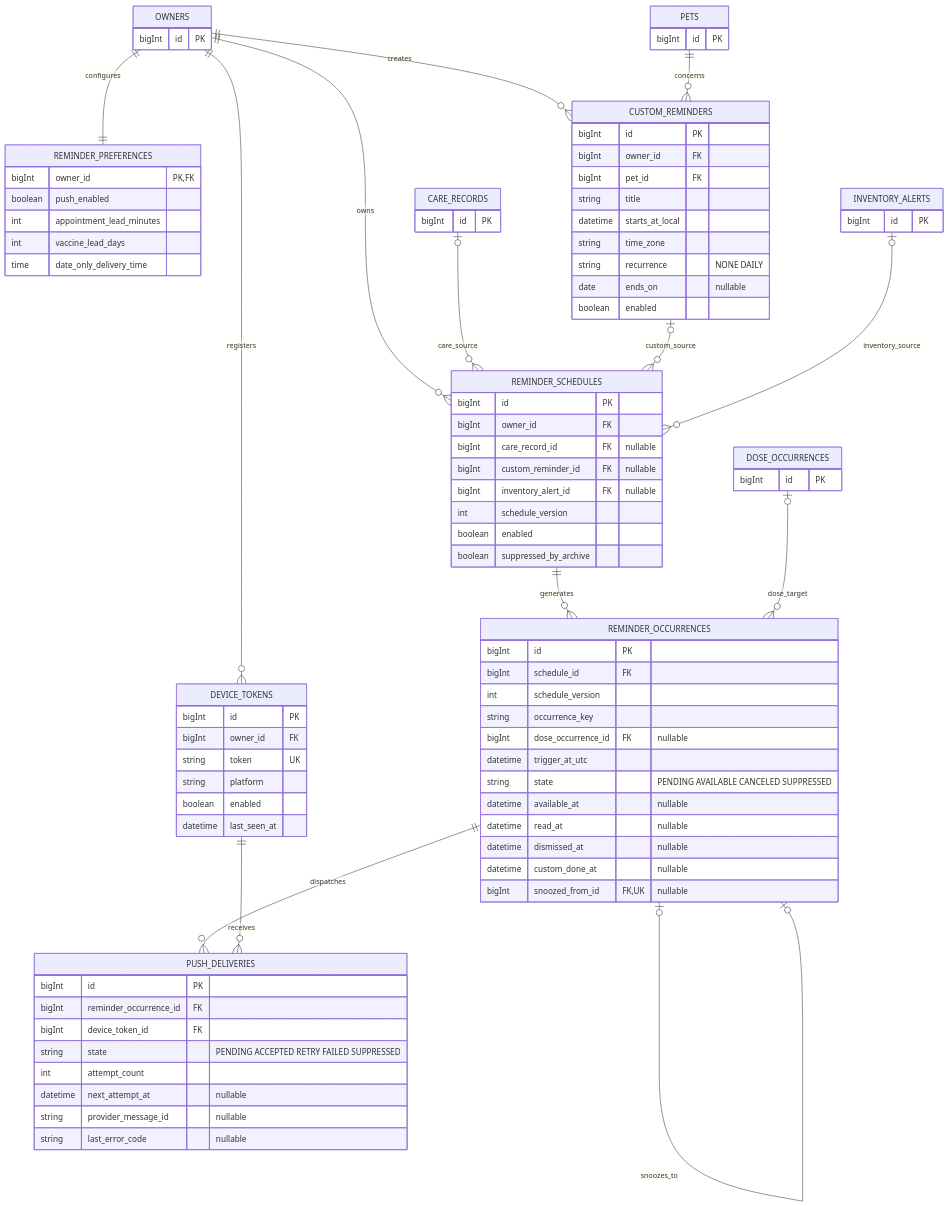
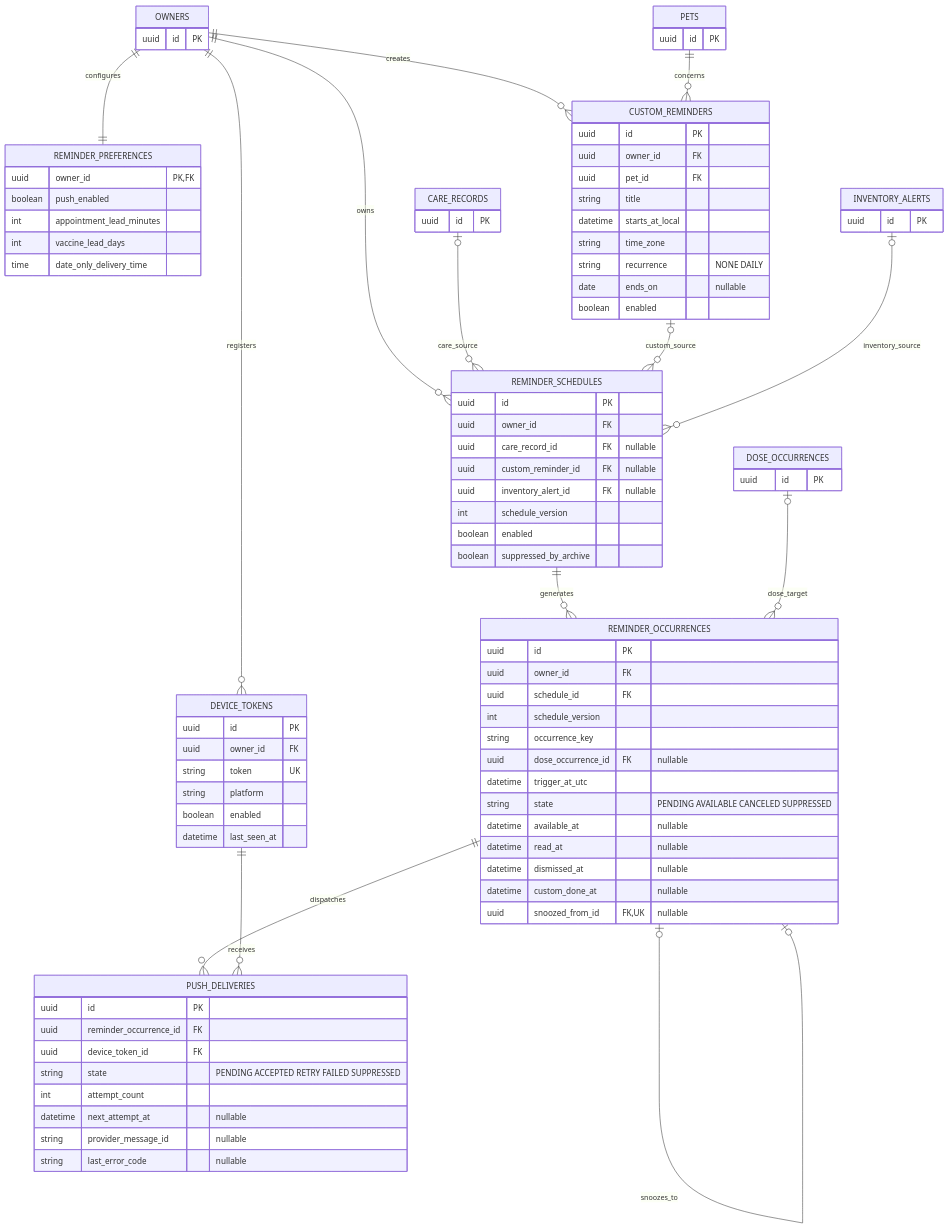
The fourth of 13 diagrams in docs/design/erd-and-flows.md (bernardlewiscardona/PawCare), drawn with Mermaid before and after one commit. The commit also changed other lines of this file and 17 other files, not shown here.

First line of the commit message:
SETUP-01: Add ERD database schema and baseline migration

````diff
--- a/docs/design/erd-and-flows.md
+++ b/docs/design/erd-and-flows.md
@@ -309,30 +336,30 @@
     REMINDER_OCCURRENCES ||--o{ PUSH_DELIVERIES : dispatches
     DEVICE_TOKENS ||--o{ PUSH_DELIVERIES : receives
     OWNERS {
-        bigInt id PK
+        uuid id PK
     }
     PETS {
-        bigInt id PK
+        uuid id PK
     }
     REMINDER_PREFERENCES {
-        bigInt owner_id PK,FK
+        uuid owner_id PK,FK
         boolean push_enabled
         int appointment_lead_minutes
         int vaccine_lead_days
         time date_only_delivery_time
     }
     DEVICE_TOKENS {
-        bigInt id PK
-        bigInt owner_id FK
+        uuid id PK
+        uuid owner_id FK
         string token UK
         string platform
         boolean enabled
         datetime last_seen_at
     }
     CUSTOM_REMINDERS {
-        bigInt id PK
-        bigInt owner_id FK
-        bigInt pet_id FK
+        uuid id PK
+        uuid owner_id FK
+        uuid pet_id FK
         string title
         datetime starts_at_local
         string time_zone
@@ -341,33 +368,34 @@
         boolean enabled
     }
     REMINDER_SCHEDULES {
-        bigInt id PK
-        bigInt owner_id FK
-        bigInt care_record_id FK "nullable"
-        bigInt custom_reminder_id FK "nullable"
-        bigInt inventory_alert_id FK "nullable"
+        uuid id PK
+        uuid owner_id FK
+        uuid care_record_id FK "nullable"
+        uuid custom_reminder_id FK "nullable"
+        uuid inventory_alert_id FK "nullable"
         int schedule_version
         boolean enabled
         boolean suppressed_by_archive
     }
     REMINDER_OCCURRENCES {
-        bigInt id PK
-        bigInt schedule_id FK
+        uuid id PK
+        uuid owner_id FK
+        uuid schedule_id FK
         int schedule_version
         string occurrence_key
-        bigInt dose_occurrence_id FK "nullable"
+        uuid dose_occurrence_id FK "nullable"
         datetime trigger_at_utc
         string state "PENDING AVAILABLE CANCELED SUPPRESSED"
         datetime available_at "nullable"
         datetime read_at "nullable"
         datetime dismissed_at "nullable"
         datetime custom_done_at "nullable"
-        bigInt snoozed_from_id FK,UK "nullable"
+        uuid snoozed_from_id FK,UK "nullable"
     }
     PUSH_DELIVERIES {
-        bigInt id PK
-        bigInt reminder_occurrence_id FK
-        bigInt device_token_id FK
+        uuid id PK
+        uuid reminder_occurrence_id FK
+        uuid device_token_id FK
         string state "PENDING ACCEPTED RETRY FAILED SUPPRESSED"
         int attempt_count
         datetime next_attempt_at "nullable"
@@ -375,12 +403,12 @@
         string last_error_code "nullable"
     }
     CARE_RECORDS {
-        bigInt id PK
+        uuid id PK
     }
     DOSE_OCCURRENCES {
-        bigInt id PK
+        uuid id PK
     }
     INVENTORY_ALERTS {
-        bigInt id PK
+        uuid id PK
     }
 ```
````
